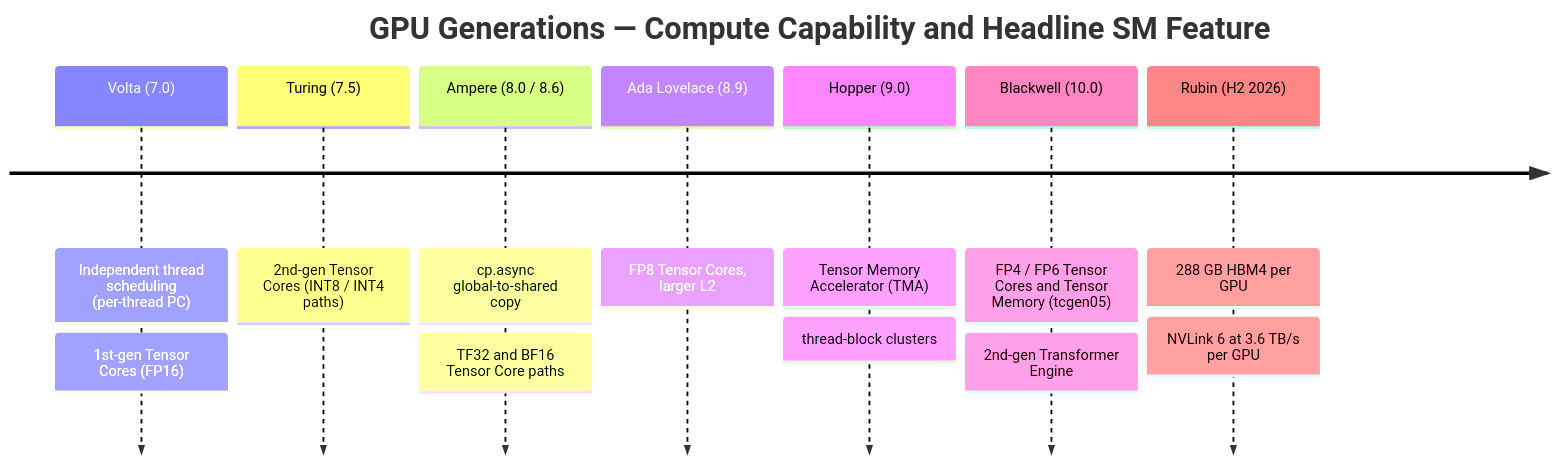
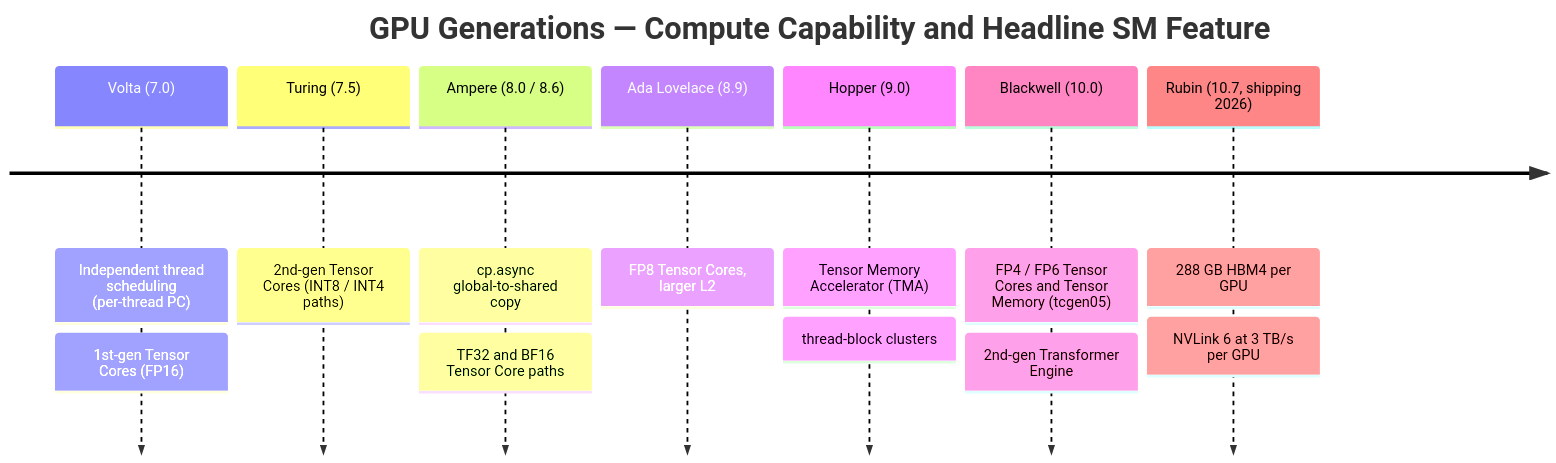
The first of 6 diagrams in src/main/java/com/rutik/systemdesign/cuda/gpu_hardware_architecture/gpu_hardware_architecture.md (rppol/system-design), drawn with Mermaid before and after one commit. The commit also changed other lines of this file and 10 other files, not shown here.

````diff
--- a/src/main/java/com/rutik/systemdesign/cuda/gpu_hardware_architecture/gpu_hardware_architecture.md
+++ b/src/main/java/com/rutik/systemdesign/cuda/gpu_hardware_architecture/gpu_hardware_architecture.md
@@ -123,16 +124,16 @@
 ```mermaid
 timeline
     title GPU Generations — Compute Capability and Headline SM Feature
     Volta (7.0) : Independent thread scheduling (per-thread PC)
                 : 1st-gen Tensor Cores (FP16)
     Turing (7.5) : 2nd-gen Tensor Cores (INT8 / INT4 paths)
     Ampere (8.0 / 8.6) : cp.async global-to-shared copy
                 : TF32 and BF16 Tensor Core paths
     Ada Lovelace (8.9) : FP8 Tensor Cores, larger L2
     Hopper (9.0) : Tensor Memory Accelerator (TMA)
                 : thread-block clusters
     Blackwell (10.0) : FP4 / FP6 Tensor Cores and Tensor Memory (tcgen05)
                 : 2nd-gen Transformer Engine
-    Rubin (H2 2026) : 288 GB HBM4 per GPU
-                : NVLink 6 at 3.6 TB/s per GPU
+    Rubin (10.7, shipping 2026) : 288 GB HBM4 per GPU
+                : NVLink 6 at 3 TB/s per GPU
 ```
````
